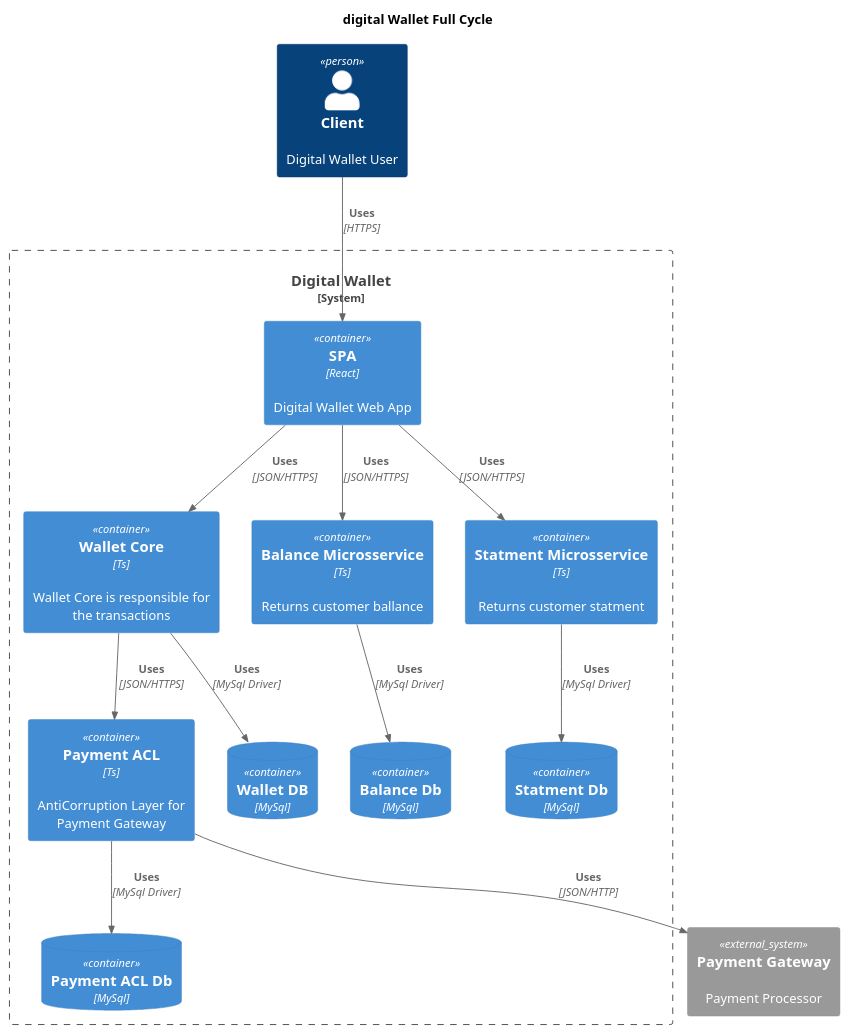
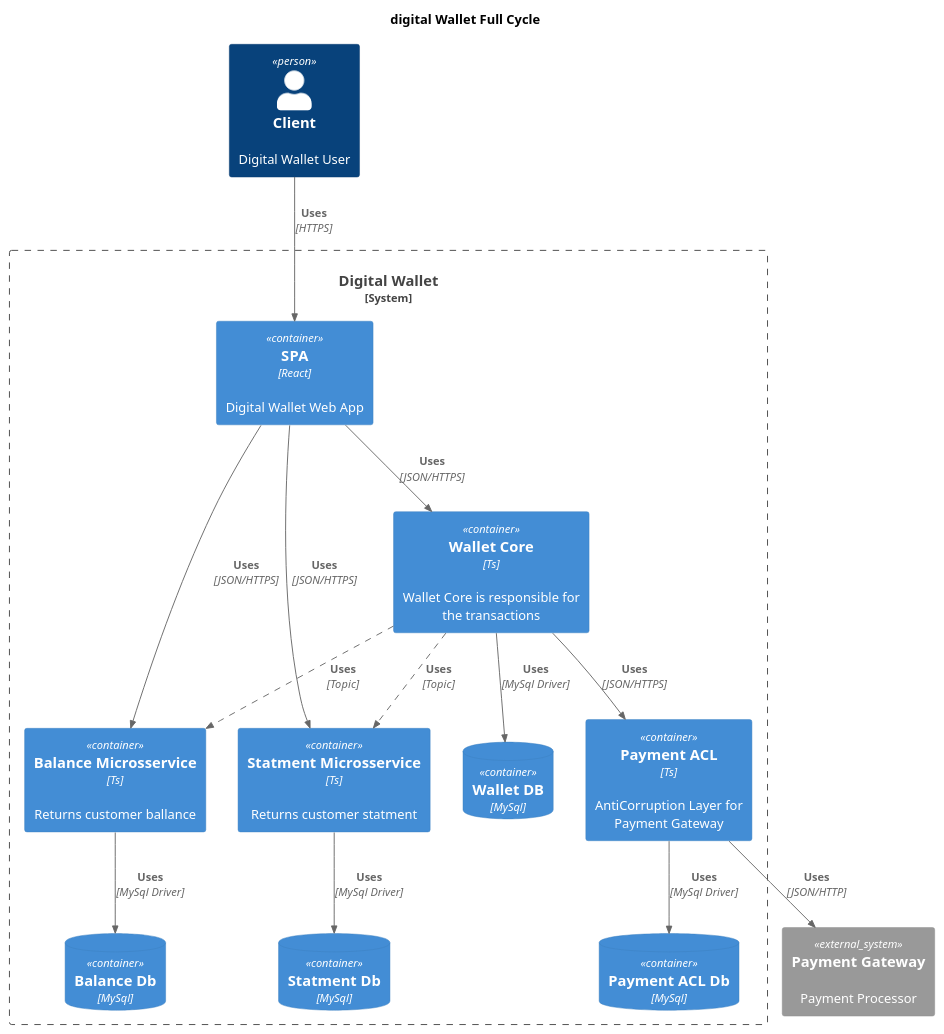
The diagram in containers.puml (JP-Cardoso/c4-models-studys), drawn with PlantUML before and after one commit.

Commit message:
feat: end of diagram

```diff
--- a/containers.puml
+++ b/containers.puml
@@ -2,41 +2,45 @@
 @startuml Container
 !include  https://raw.githubusercontent.com/plantuml-stdlib/C4-PlantUML/master/C4_Container.puml
+AddRelTag("async", $lineStyle = DashedLine())
 
 title "digital Wallet Full Cycle"
 
 Person(client, "Client", "Digital Wallet User")
 System_Ext(payment_gateway, "Payment Gateway", "Payment Processor")
 
 ' Faz parte do nosso sistema'
 System_Boundary(digital_wallet, "Digital Wallet") {
     Container(spa, "SPA", "React", "Digital Wallet Web App")
     Container(wallet_core, "Wallet Core", "Ts", "Wallet Core is responsible for the transactions")
     Container(ballance_service, "Balance Microsservice", "Ts", "Returns customer ballance")
     Container(statment_service, "Statment Microsservice", "Ts", "Returns customer statment")
     Container(payment_acl, "Payment ACL", "Ts", "AntiCorruption Layer for Payment Gateway")
 
     ContainerDb(wallet_core_db, "Wallet DB", "MySql")
     Rel(wallet_core, wallet_core_db, "Uses", "MySql Driver")
 
     ContainerDb(ballance_db, "Balance Db", "MySql")
     Rel(ballance_service, ballance_db, "Uses", "MySql Driver")
 
 
     ContainerDb(statment_db, "Statment Db", "MySql")
     Rel(statment_service, statment_db, "Uses", "MySql Driver")
 
 
     ContainerDb(payment_acl_db, "Payment ACL Db", "MySql")
     Rel(payment_acl, payment_acl_db, "Uses", "MySql Driver")
 
     Rel(client, spa, "Uses", "HTTPS")
     Rel(spa, wallet_core, "Uses", "JSON/HTTPS")
     Rel(spa, ballance_service, "Uses", "JSON/HTTPS")
     Rel(spa, statment_service, "Uses", "JSON/HTTPS")
 
     Rel(wallet_core, payment_acl, "Uses", "JSON/HTTPS")
     Rel(payment_acl, payment_gateway, "Uses", "JSON/HTTP")
 
+    Rel(wallet_core, ballance_service, "Uses", "Topic", $tags = "async")
+    Rel(wallet_core, statment_service, "Uses", "Topic", $tags = "async")
+
 }
 
 @enduml
```
